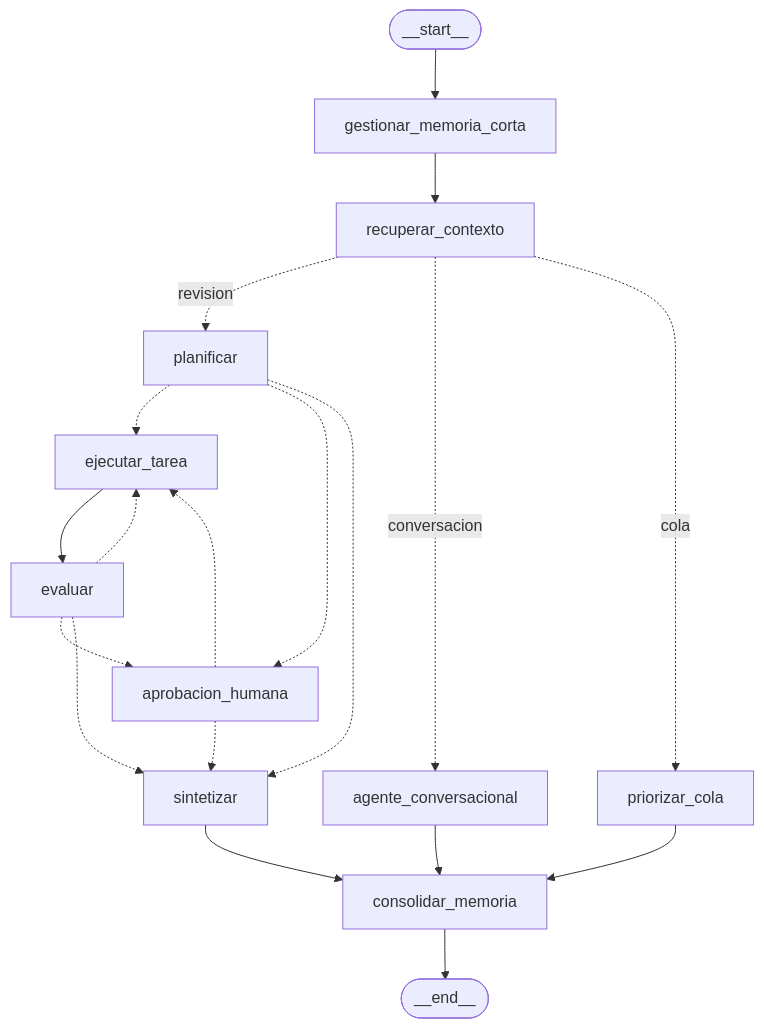
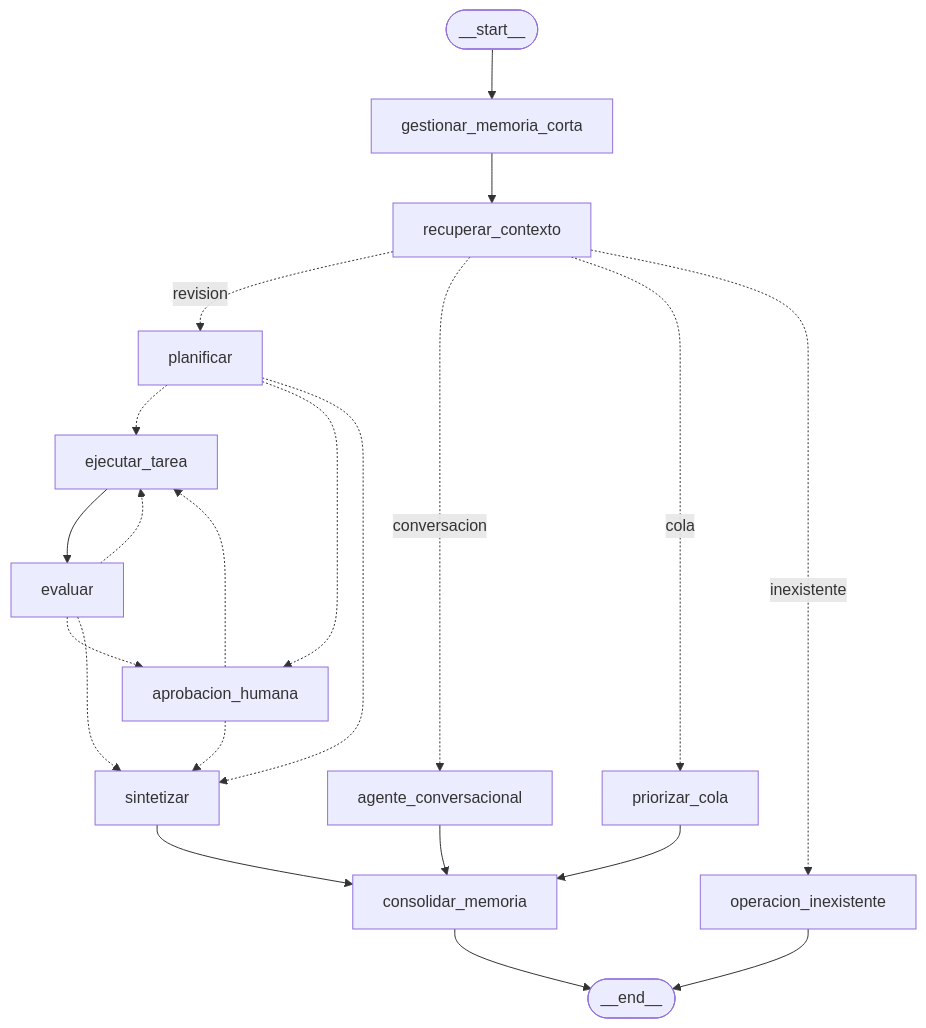
The diagram in README.md (maca2003/repo-INGENIERIA-DE-SOLUCIONES-CON-INTELIGENCIA-ARTIFICIAL), drawn with Mermaid before and after one commit. The commit also changed other lines of this file and 54 other files, not shown here.

````diff
--- a/README.md
+++ b/README.md
@@ -46,21 +46,23 @@
 ```mermaid
 graph TD;
 	__start__([__start__]) --> gestionar_memoria_corta
 	gestionar_memoria_corta --> recuperar_contexto
 	recuperar_contexto -. revision .-> planificar
 	recuperar_contexto -. conversacion .-> agente_conversacional
 	recuperar_contexto -. cola .-> priorizar_cola
+	recuperar_contexto -. inexistente .-> operacion_inexistente
 	planificar -.-> ejecutar_tarea
 	planificar -.-> aprobacion_humana
 	planificar -.-> sintetizar
 	ejecutar_tarea --> evaluar
 	evaluar -.-> ejecutar_tarea
 	evaluar -.-> aprobacion_humana
 	evaluar -.-> sintetizar
 	aprobacion_humana -.-> ejecutar_tarea
 	aprobacion_humana -.-> sintetizar
 	sintetizar --> consolidar_memoria
 	agente_conversacional --> consolidar_memoria
 	priorizar_cola --> consolidar_memoria
+	operacion_inexistente --> __end__
 	consolidar_memoria --> __end__([__end__])
 ```
````
